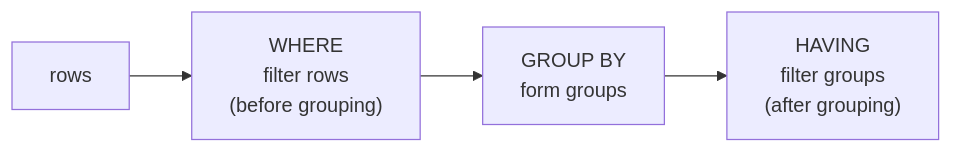
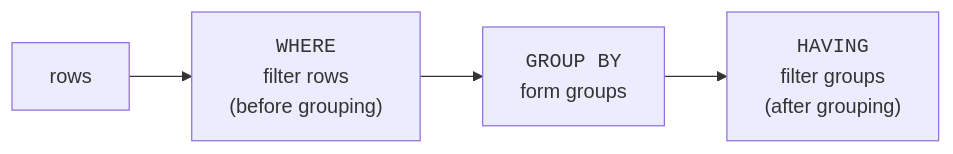
One commit to dataslope/dataslope changed the diagram in content/learn/intro-sql-postgres/query-execution-order.mdx. Above: the diagram before and after it, drawn with Mermaid. The commit also changed 56 other files, not shown here.

````diff
--- a/content/learn/intro-sql-postgres/query-execution-order.mdx
+++ b/content/learn/intro-sql-postgres/query-execution-order.mdx
@@ -127,6 +127,6 @@
 ```mermaid
 flowchart LR
-    R["rows"] --> W["WHERE<br/>filter rows<br/>(before grouping)"]
-    W --> G["GROUP BY<br/>form groups"]
-    G --> H["HAVING<br/>filter groups<br/>(after grouping)"]
+    R["rows"] --> W["<code>WHERE</code><br/>filter rows<br/>(before grouping)"]
+    W --> G["<code>GROUP BY</code><br/>form groups"]
+    G --> H["<code>HAVING</code><br/>filter groups<br/>(after grouping)"]
 ```
````
